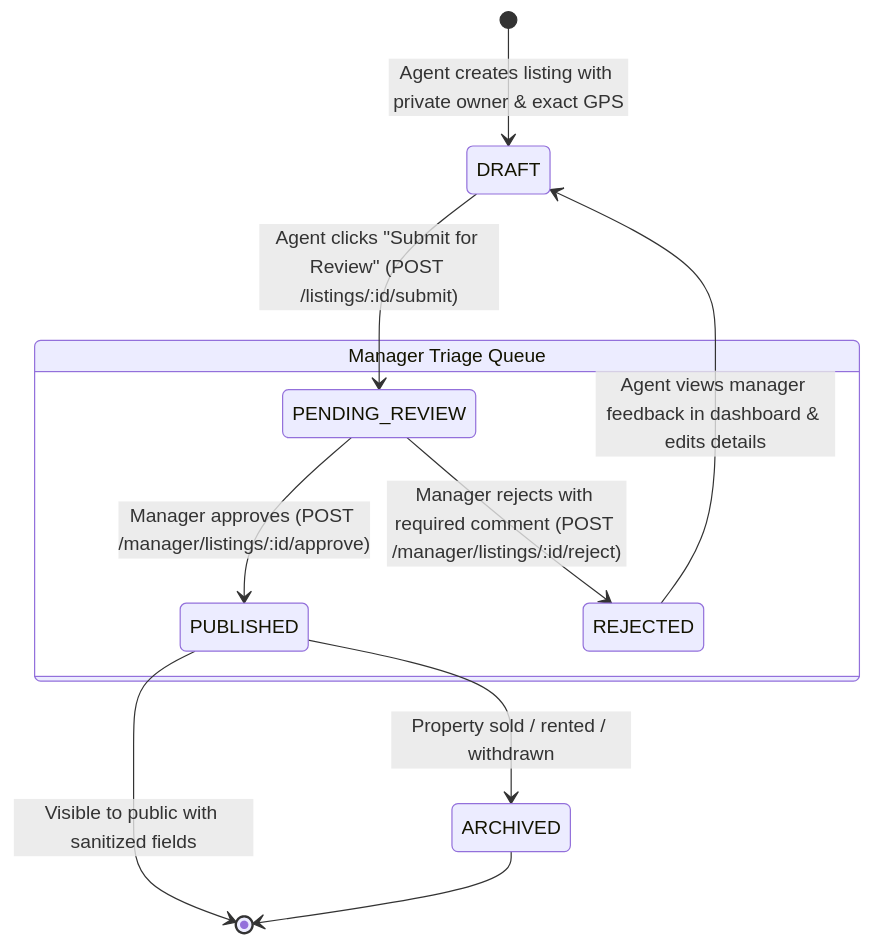
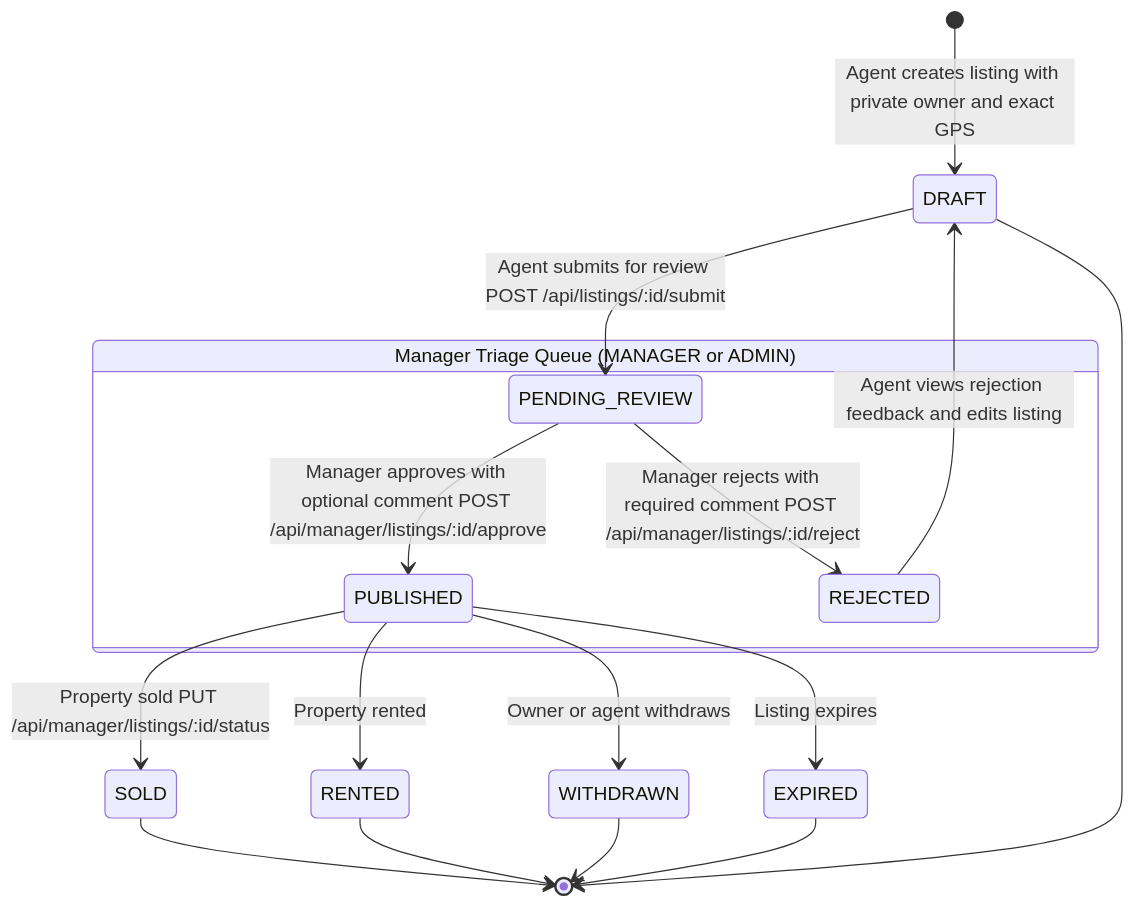
The third of 9 diagrams in docs/architecture_workflow_dataflow.md (theophiledev/DUHUZA-GIS), drawn with Mermaid before and after one commit. The commit also changed other lines of this file and 43 other files, not shown here.

Commit message:
feat: implement password reset, manager item inspection modal, review comments system, and profile management

````diff
--- a/docs/architecture_workflow_dataflow.md
+++ b/docs/architecture_workflow_dataflow.md
@@ -96,17 +108,24 @@
 ```mermaid
 stateDiagram-v2
-    [*] --> DRAFT: Agent creates listing with private owner & exact GPS
+    [*] --> DRAFT: Agent creates listing with private owner and exact GPS
 
-    DRAFT --> PENDING_REVIEW: Agent clicks "Submit for Review" (POST /listings/:id/submit)
-    
-    state "Manager Triage Queue" as Triage {
-        PENDING_REVIEW --> PUBLISHED: Manager approves (POST /manager/listings/:id/approve)
-        PENDING_REVIEW --> REJECTED: Manager rejects with required comment (POST /manager/listings/:id/reject)
+    DRAFT --> PENDING_REVIEW: Agent submits for review POST /api/listings/:id/submit
+
+    state "Manager Triage Queue (MANAGER or ADMIN)" as Triage {
+        PENDING_REVIEW --> PUBLISHED: Manager approves with optional comment POST /api/manager/listings/:id/approve
+        PENDING_REVIEW --> REJECTED: Manager rejects with required comment POST /api/manager/listings/:id/reject
     }
 
-    REJECTED --> DRAFT: Agent views manager feedback in dashboard & edits details
-    PUBLISHED --> ARCHIVED: Property sold / rented / withdrawn
-    
-    PUBLISHED --> [*]: Visible to public with sanitized fields
-    ARCHIVED --> [*]
+    REJECTED --> DRAFT: Agent views rejection feedback and edits listing
+
+    PUBLISHED --> SOLD: Property sold PUT /api/manager/listings/:id/status
+    PUBLISHED --> RENTED: Property rented
+    PUBLISHED --> WITHDRAWN: Owner or agent withdraws
+    PUBLISHED --> EXPIRED: Listing expires
+
+    SOLD --> [*]
+    RENTED --> [*]
+    WITHDRAWN --> [*]
+    EXPIRED --> [*]
+    DRAFT --> [*]
 ```
````
